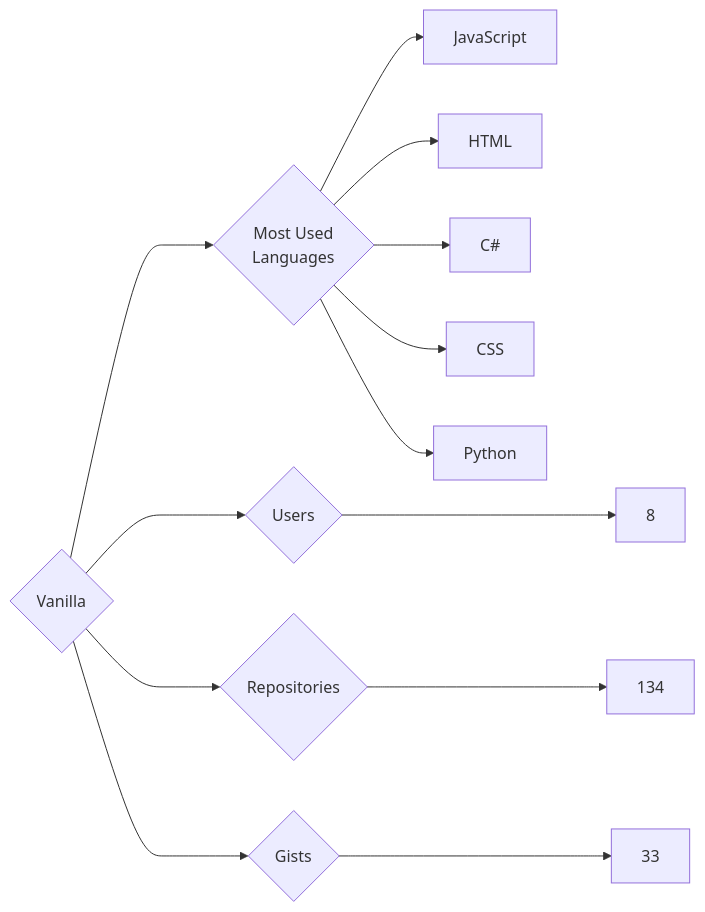
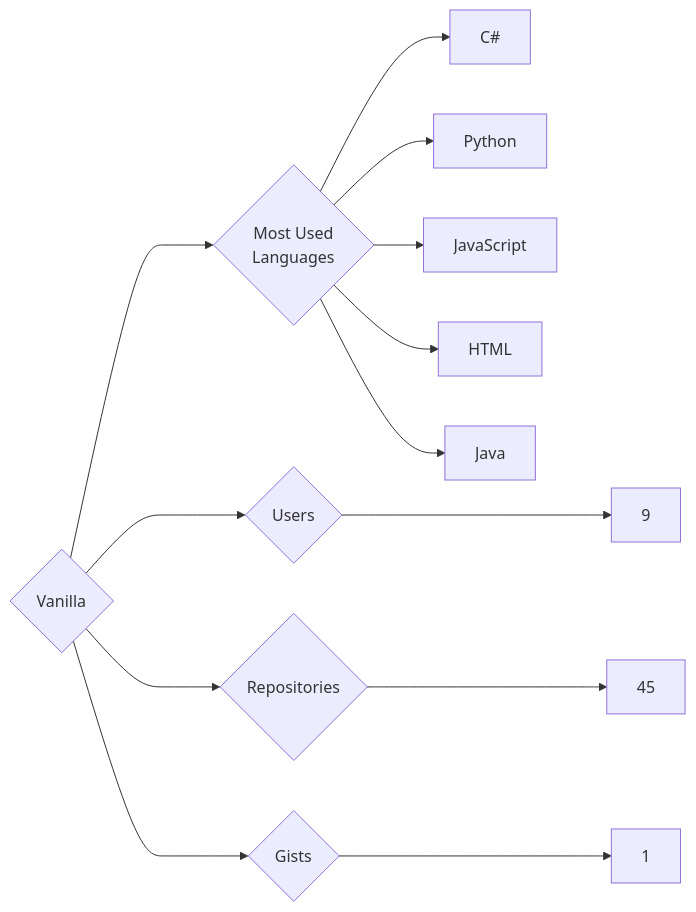
One commit to trickest/insiders changed the diagram in targets/Vanilla/README.md. Above: the diagram before and after it, drawn with Mermaid. The commit also changed 1496 other files, not shown here.

````diff
--- a/targets/Vanilla/README.md
+++ b/targets/Vanilla/README.md
@@ -3,13 +3,13 @@
 ```mermaid
 graph LR
 COMPANY_NAME{Vanilla}
-COMPANY_NAME ---> U{Users} ---> UN[8]
-COMPANY_NAME ---> R{Repositories} ---> RN[134]
-COMPANY_NAME ---> G{Gists} ---> GN[33]
+COMPANY_NAME ---> U{Users} ---> UN[9]
+COMPANY_NAME ---> R{Repositories} ---> RN[45]
+COMPANY_NAME ---> G{Gists} ---> GN[1]
 COMPANY_NAME ---> ML{Most Used<br>Languages}
+ML --> C#[C#]
+ML --> Python[Python]
 ML --> JavaScript[JavaScript]
 ML --> HTML[HTML]
-ML --> C#[C#]
-ML --> CSS[CSS]
-ML --> Python[Python]
+ML --> Java[Java]
 ```
````
